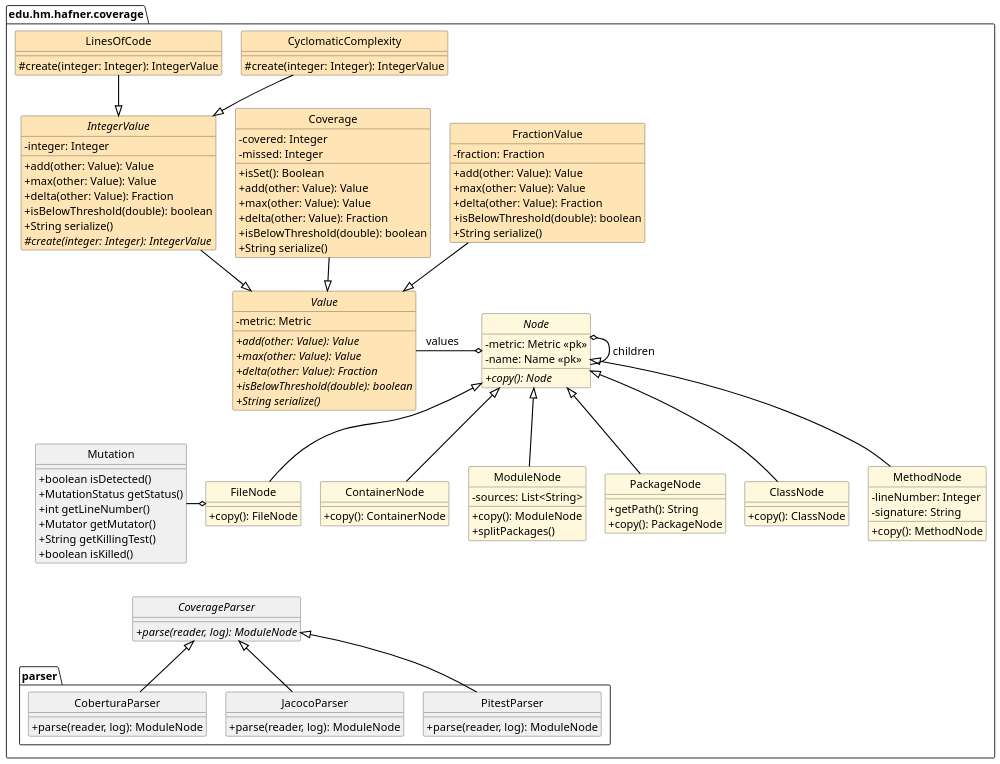
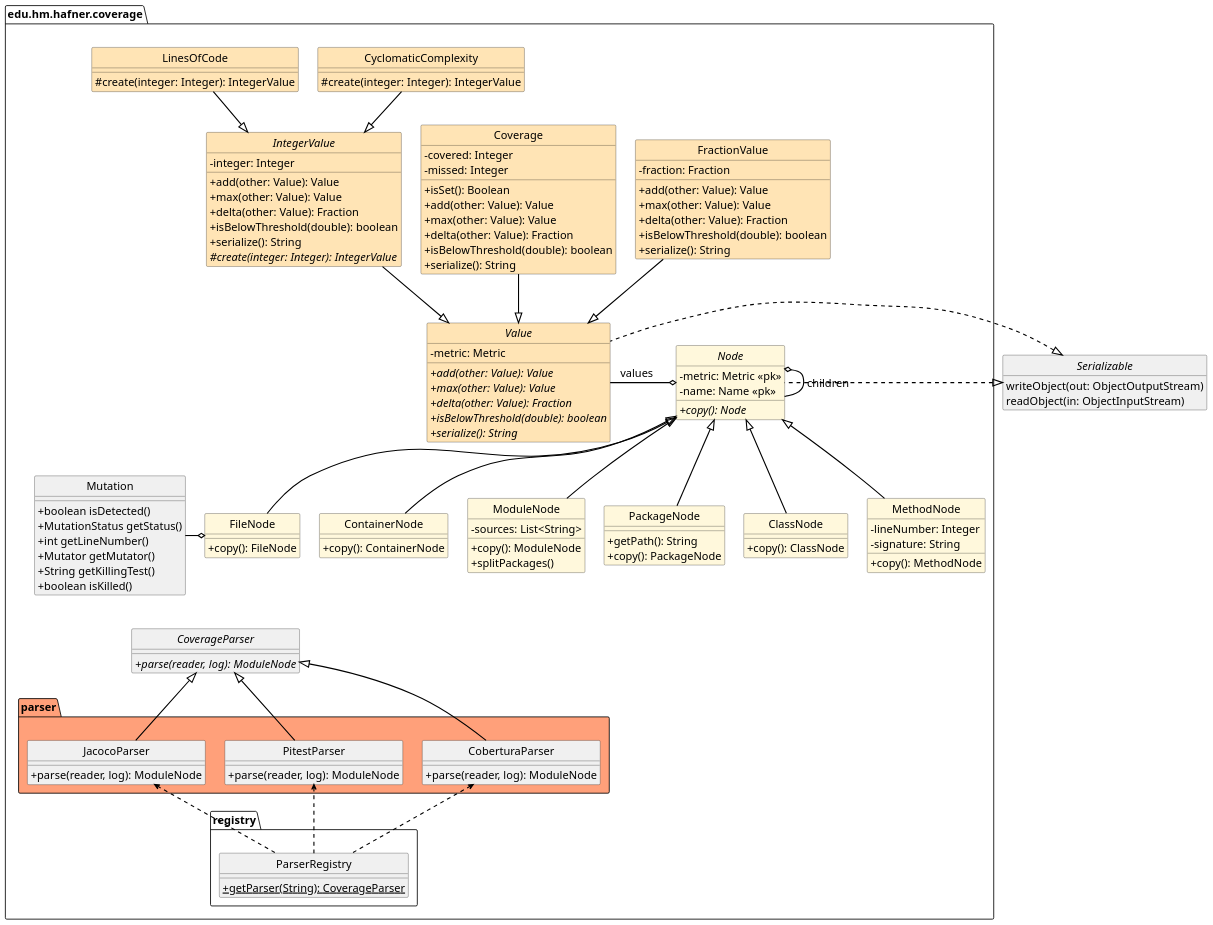
The diagram in doc/static-structure.puml (jenkinsci/coverage-model), drawn with PlantUML before and after one commit. The commit also changed 2 other files, not shown here.

Commit message:
Mark internal package as such.

```diff
--- a/doc/static-structure.puml
+++ b/doc/static-structure.puml
@@ -1,158 +1,191 @@
 @startuml
 
 hide circle
 hide stereotype
 
 skinparam class {
   BackgroundColor #f0f0f0
   BorderColor #a0a0a0
   BackgroundColor<<Nodes>> cornsilk
   BackgroundColor<<Values>> moccasin
   BorderColor black
   ArrowColor black
   FontName  Arial Unicode MS
   FontSize 20
 }
+
+skinparam package {
+  BorderColor #a0a0a0
+  BackgroundColor<<internal>> lightsalmon
+  BorderColor black
+  ArrowColor black
+  FontName  Arial Unicode MS
+  FontSize 20
+}
+
 skinparam classFontSize 24
 skinparam classAttributeIconSize 0
 skinparam defaultFontSize 20
 
 skinparam ArrowColor black
 skinparam ArrowThickness 2
 
+interface Serializable <<interface>> {
+    writeObject(out: ObjectOutputStream)
+    readObject(in: ObjectInputStream)
+}
+
+hide Serializable fields
+
 package coverage as "edu.hm.hafner.coverage" {
+
+package parser <<internal>> {
+    class CoberturaParser {
+    + parse(reader, log): ModuleNode
+    }
+
+    class JacocoParser {
+    + parse(reader, log): ModuleNode
+    }
+
+    class PitestParser {
+    + parse(reader, log): ModuleNode
+    }
+}
+
 abstract class CoverageParser {
 + {abstract}parse(reader, log): ModuleNode
-}
-
-class parser.CoberturaParser {
-+ parse(reader, log): ModuleNode
-}
-
-class parser.JacocoParser {
-+ parse(reader, log): ModuleNode
-}
-
-class parser.PitestParser {
-+ parse(reader, log): ModuleNode
 }
 
 abstract class Node <<Nodes>> {
 - metric: Metric <<pk>>
 - name: Name <<pk>>
 
 + {abstract} copy(): Node
 }
 
 class ContainerNode <<Nodes>> {
 + copy(): ContainerNode
 }
 
 class ModuleNode <<Nodes>> {
 - sources: List<String>
 + copy(): ModuleNode
 + splitPackages()
 }
 
 class PackageNode <<Nodes>> {
 + getPath(): String
 + copy(): PackageNode
 }
 
 class ClassNode <<Nodes>> {
 + copy(): ClassNode
 }
 
 class MethodNode <<Nodes>> {
 - lineNumber: Integer
 - signature: String
 + copy(): MethodNode
 }
 
 class FileNode <<Nodes>> {
 + copy(): FileNode
 }
 
 abstract class Value <<Values>> {
 - metric: Metric
 + {abstract}add(other: Value): Value
 + {abstract}max(other: Value): Value
 + {abstract}delta(other: Value): Fraction
 + {abstract}isBelowThreshold(double): boolean
-+ {abstract}String serialize()
++ {abstract}serialize(): String
 }
 
 class CyclomaticComplexity <<Values>> {
 # create(integer: Integer): IntegerValue
 }
 
 class LinesOfCode <<Values>> {
 # create(integer: Integer): IntegerValue
 }
 
 class Coverage <<Values>> {
 - covered: Integer
 - missed: Integer
 + isSet(): Boolean
 + add(other: Value): Value
 + max(other: Value): Value
 + delta(other: Value): Fraction
 + isBelowThreshold(double): boolean
-+ String serialize()
++ serialize(): String
 }
 
 class FractionValue <<Values>> {
 - fraction: Fraction
 + add(other: Value): Value
 + max(other: Value): Value
 + delta(other: Value): Fraction
 + isBelowThreshold(double): boolean
-+ String serialize()
++ serialize(): String
 }
 
 abstract class IntegerValue <<Values>> {
 - integer: Integer
 + add(other: Value): Value
 + max(other: Value): Value
 + delta(other: Value): Fraction
 + isBelowThreshold(double): boolean
-+ String serialize()
++ serialize(): String
 # {abstract}create(integer: Integer): IntegerValue
 }
 
 class Mutation {
 + boolean isDetected()
 + MutationStatus getStatus()
 + int getLineNumber()
 + Mutator getMutator()
 + String getKillingTest()
 + boolean isKilled()
 }
 
 IntegerValue <|-up- LinesOfCode
 IntegerValue <|-up- CyclomaticComplexity
 
 Value <|-up- Coverage
 Value <|-up- FractionValue
 Value <|-up- IntegerValue
 
 Node <|-- MethodNode
 Node <|-- ClassNode
 Node <|-- PackageNode
 Node <|-- ModuleNode
 Node <|-- ContainerNode
 Node <|-- FileNode
 
-CoverageParser <|-- parser.PitestParser
-CoverageParser <|-- parser.JacocoParser
-CoverageParser <|-- parser.CoberturaParser
+package registry {
+    class ParserRegistry {
+        + {static}getParser(String): CoverageParser
+    }
+
+    ParserRegistry .up.> CoberturaParser
+    ParserRegistry .up.> PitestParser
+    ParserRegistry .up.> JacocoParser
+}
+
+CoverageParser <|-- PitestParser
+CoverageParser <|-- JacocoParser
+CoverageParser <|-- CoberturaParser
 
 Node o- Node: children
 
 FileNode o-left- Mutation
 Value -o Node : values\t
 Value -[hidden]-- CoverageParser
 
+Serializable <|. Value : \t
+Serializable <|. Node
+
 }
 
 @enduml
```
